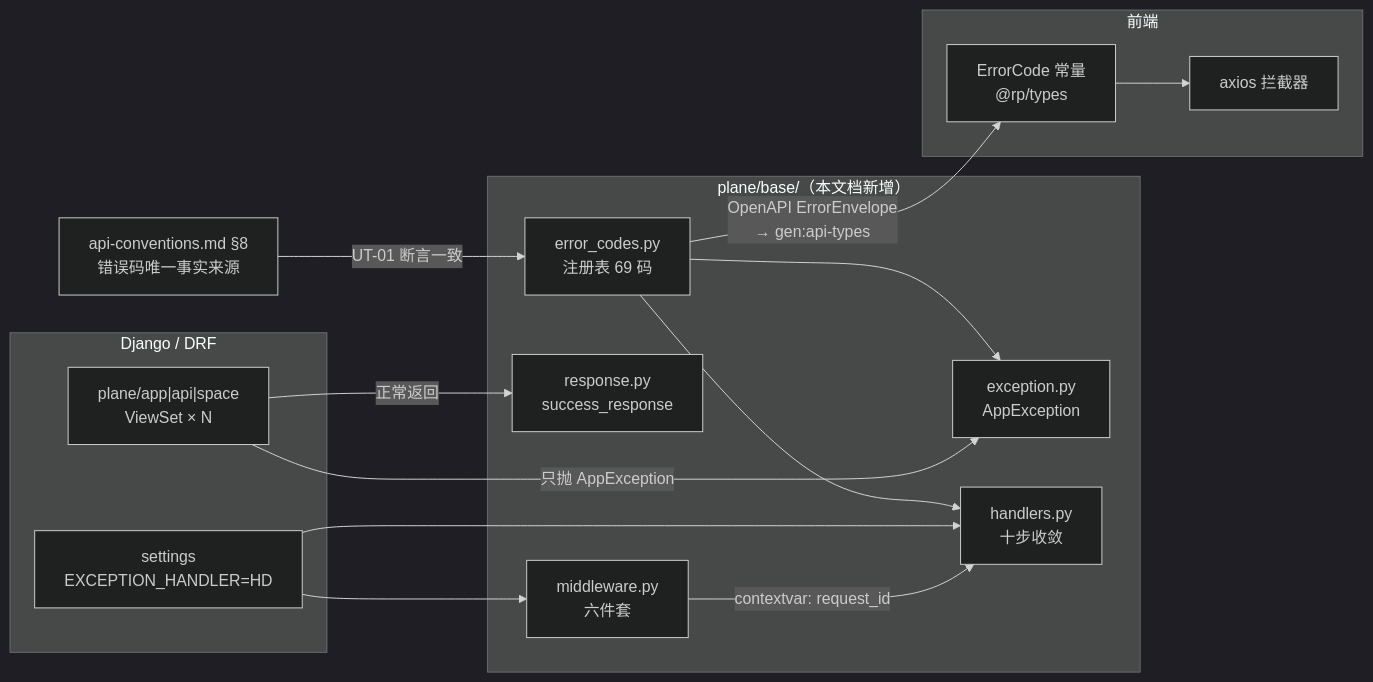
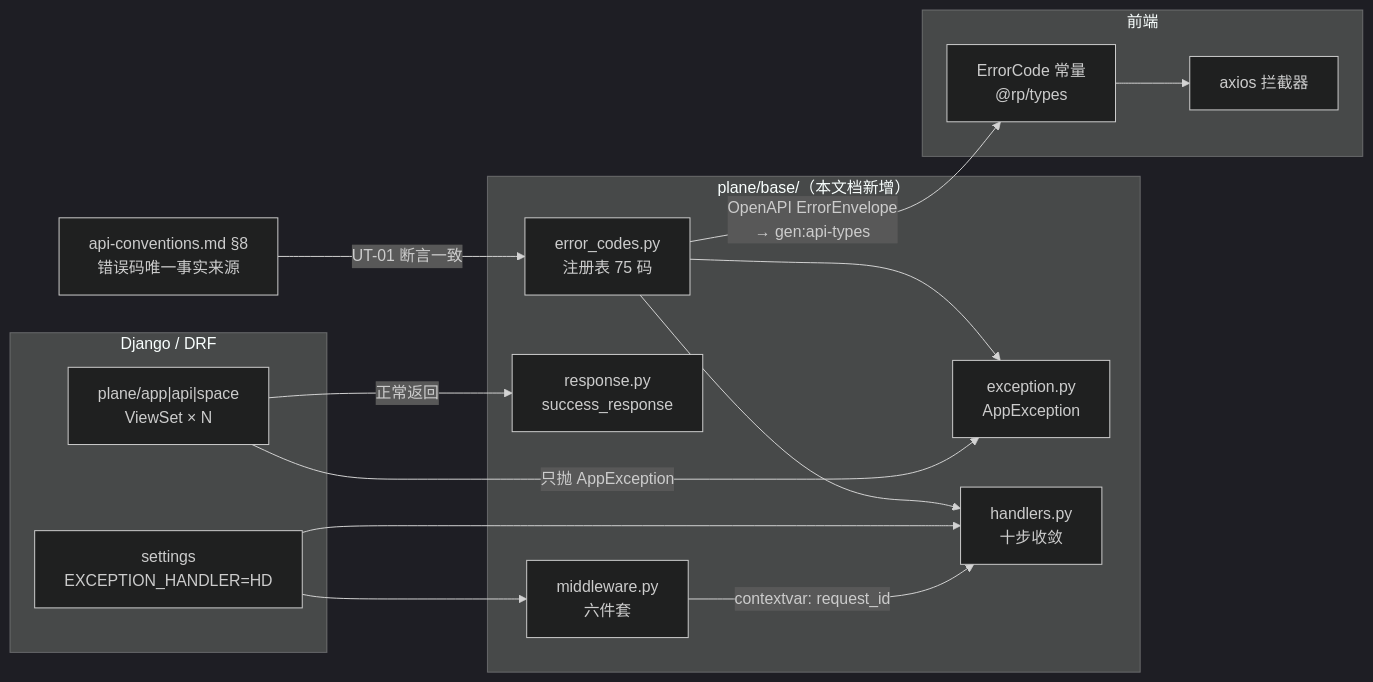
One commit to RabbitAI-Lab/RabbitProjects changed the third of 3 diagrams in docs/sprint-1-mvp/INFRA-004-api-error-config.md. Above: the diagram before and after it, drawn with Mermaid (dark theme). The commit also changed other lines of this file and 11 other files, not shown here.

````diff
--- a/docs/sprint-1-mvp/INFRA-004-api-error-config.md
+++ b/docs/sprint-1-mvp/INFRA-004-api-error-config.md
@@ -416,33 +419,33 @@
 ```mermaid
 flowchart LR
     subgraph Framework["plane/base/（本文档新增）"]
-        EC["error_codes.py<br/>注册表 69 码"]
+        EC["error_codes.py<br/>注册表 75 码"]
         EX["exception.py<br/>AppException"]
         HD["handlers.py<br/>十步收敛"]
         RS["response.py<br/>success_response"]
         MW["middleware.py<br/>六件套"]
     end
 
     subgraph Django["Django / DRF"]
         ST["settings<br/>EXCEPTION_HANDLER=HD"]
         VI["plane/app|api|space<br/>ViewSet × N"]
     end
 
     subgraph Frontend["前端"]
         AX["axios 拦截器"]
         TS["ErrorCode 常量<br/>@rp/types"]
     end
 
     DOC["api-conventions.md §8<br/>错误码唯一事实来源"]
 
     DOC -->|"UT-01 断言一致"| EC
     EC --> EX
     EC --> HD
     ST --> HD
     VI -->|"只抛 AppException"| EX
     VI -->|"正常返回"| RS
     ST --> MW
     MW -->|"contextvar: request_id"| HD
     EC -->|"OpenAPI ErrorEnvelope<br/>→ gen:api-types"| TS
     TS --> AX
 ```
````
